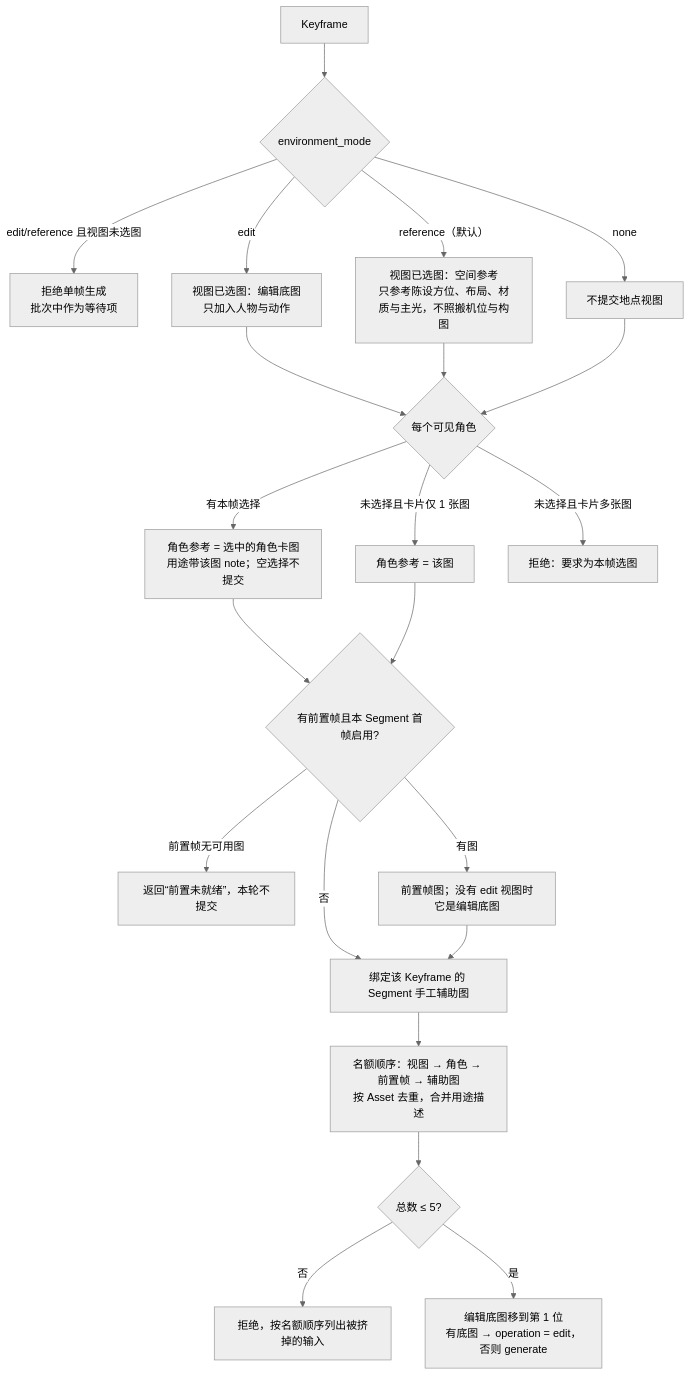
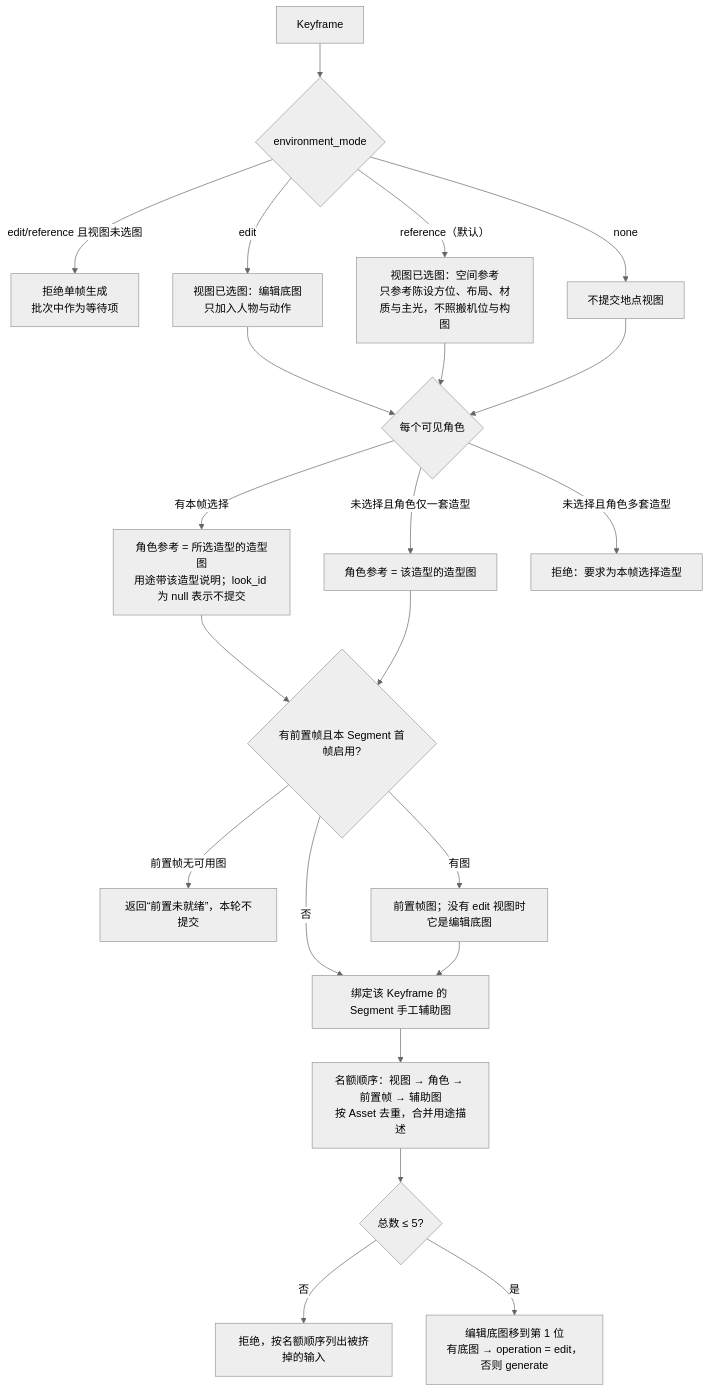
Before and after one commit to LJXLJXLJX/StoryRail: the third of 9 diagrams in docs/data-flow.md, drawn with Mermaid (neutral theme). The commit also changed other lines of this file and 21 other files, not shown here.

````diff
--- a/docs/data-flow.md
+++ b/docs/data-flow.md
@@ -74,21 +74,21 @@
 ```mermaid
 flowchart TB
     start[Keyframe] --> env{environment_mode}
     env -- edit/reference 且视图未选图 --> vwait[拒绝单帧生成<br/>批次中作为等待项]
     env -- edit --> e1[视图已选图：编辑底图<br/>只加入人物与动作]
     env -- reference（默认） --> e2[视图已选图：空间参考<br/>只参考陈设方位、布局、材质与主光，不照搬机位与构图]
     env -- none --> e3[不提交地点视图]
     e1 & e2 & e3 --> chars{每个可见角色}
-    chars -- 有本帧选择 --> c1[角色参考 = 选中的角色卡图<br/>用途带该图 note；空选择不提交]
-    chars -- 未选择且卡片仅 1 张图 --> c2[角色参考 = 该图]
-    chars -- 未选择且卡片多张图 --> creject[拒绝：要求为本帧选图]
+    chars -- 有本帧选择 --> c1[角色参考 = 所选造型的造型图<br/>用途带该造型说明；look_id 为 null 表示不提交]
+    chars -- 未选择且角色仅一套造型 --> c2[角色参考 = 该造型的造型图]
+    chars -- 未选择且角色多套造型 --> creject[拒绝：要求为本帧选择造型]
     c1 & c2 --> pred{有前置帧且本 Segment 首帧启用?}
     pred -- 前置帧无可用图 --> wait[返回“前置未就绪”，本轮不提交]
     pred -- 有图 --> p1[前置帧图；没有 edit 视图时它是编辑底图]
     pred -- 否 --> aux
     p1 --> aux[绑定该 Keyframe 的 Segment 手工辅助图]
     aux --> dedupe[名额顺序：视图 → 角色 → 前置帧 → 辅助图<br/>按 Asset 去重，合并用途描述]
     dedupe --> limit{总数 ≤ 5?}
     limit -- 否 --> reject[拒绝，按名额顺序列出被挤掉的输入]
     limit -- 是 --> op[编辑底图移到第 1 位<br/>有底图 → operation = edit，否则 generate]
 ```
````
